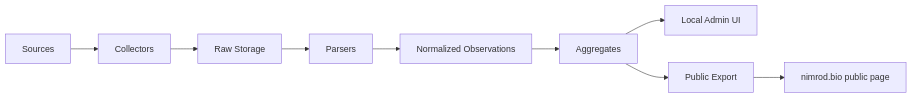
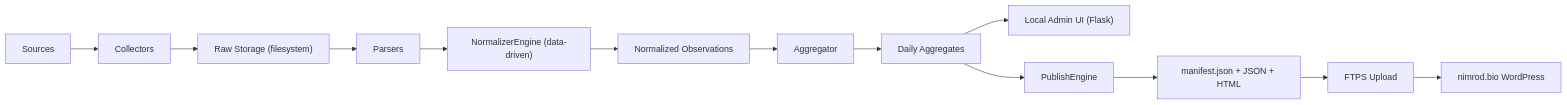
One commit to WaldNimrod/SmallFarmsAgents changed the diagram in docs/ARCHITECTURE_DECISIONS_HE.md. Above: the diagram before and after it, drawn with Mermaid. The commit also changed other lines of this file and 14 other files, not shown here.

````diff
--- a/docs/ARCHITECTURE_DECISIONS_HE.md
+++ b/docs/ARCHITECTURE_DECISIONS_HE.md
@@ -53,11 +84,15 @@
 ```mermaid
 flowchart LR
     A["Sources"] --> B["Collectors"]
-    B --> C["Raw Storage"]
+    B --> C["Raw Storage (filesystem)"]
     C --> D["Parsers"]
-    D --> E["Normalized Observations"]
-    E --> F["Aggregates"]
-    F --> G["Local Admin UI"]
-    F --> H["Public Export"]
-    H --> I["nimrod.bio public page"]
+    D --> E["NormalizerEngine (data-driven)"]
+    E --> F["Normalized Observations"]
+    F --> G["Aggregator"]
+    G --> H["Daily Aggregates"]
+    H --> I["Local Admin UI (Flask)"]
+    H --> J["PublishEngine"]
+    J --> K["manifest.json + JSON + HTML"]
+    K --> L["FTPS Upload"]
+    L --> M["nimrod.bio WordPress"]
 ```
````
